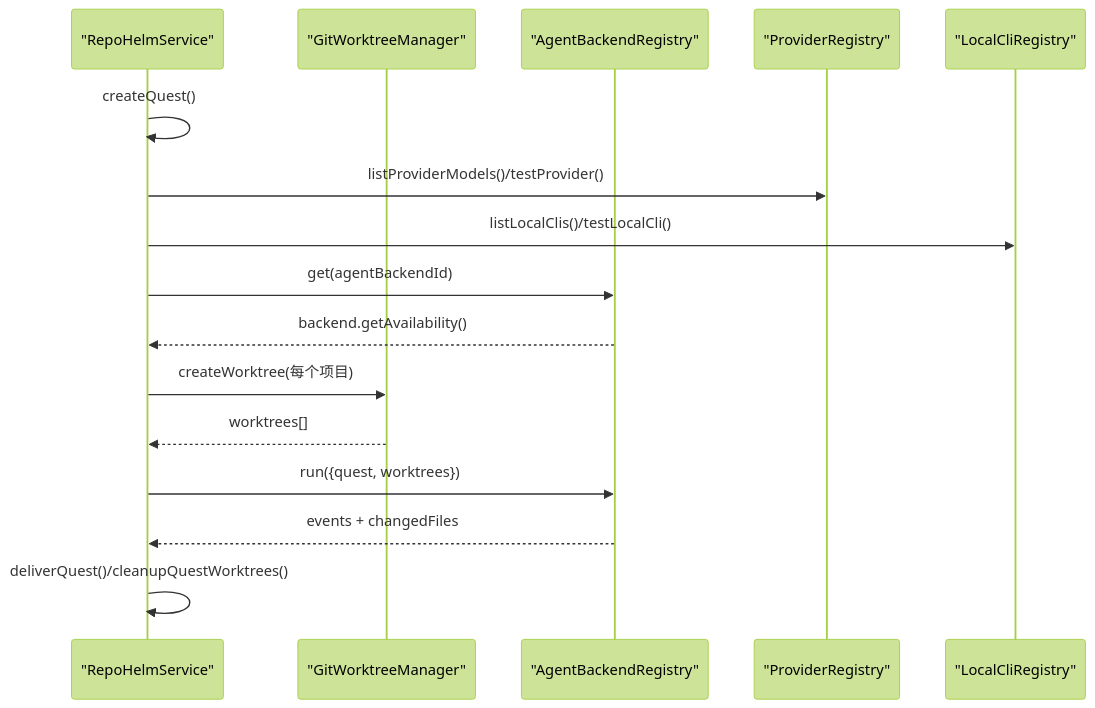
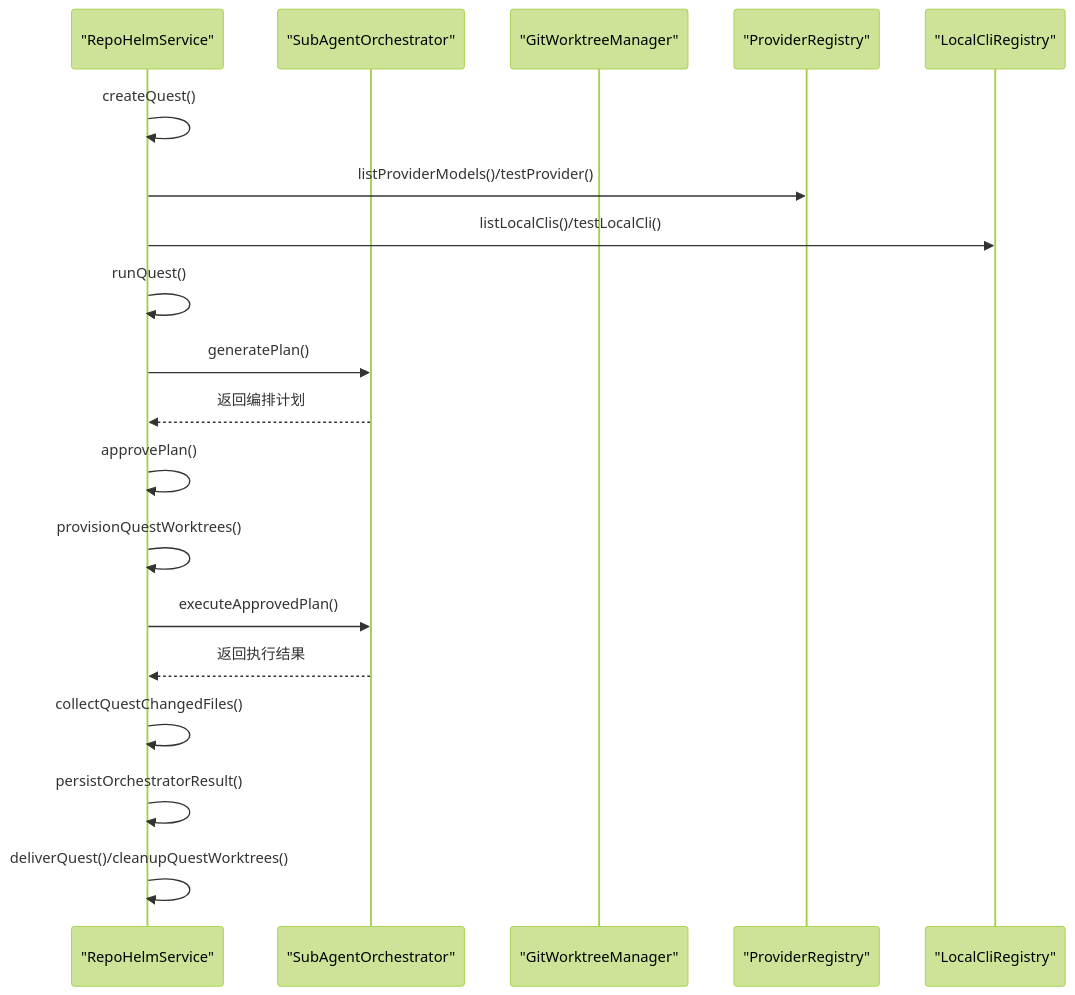
One commit to coconilu/RepoHelm changed the sixth of 7 diagrams in .qoder/repowiki/zh/content/核心服务模块/核心服务模块.md. Above: the diagram before and after it, drawn with Mermaid (forest theme). The commit also changed other lines of this file and 15 other files, not shown here.

First line of the commit message:
Add multi-agent orchestration & quest plans

````diff
--- a/.qoder/repowiki/zh/content/核心服务模块/核心服务模块.md
+++ b/.qoder/repowiki/zh/content/核心服务模块/核心服务模块.md
@@ -282,18 +372,21 @@
 ```mermaid
 sequenceDiagram
 participant S as "RepoHelmService"
+participant O as "SubAgentOrchestrator"
 participant G as "GitWorktreeManager"
-participant AR as "AgentBackendRegistry"
 participant P as "ProviderRegistry"
 participant L as "LocalCliRegistry"
 S->>S : createQuest()
 S->>P : listProviderModels()/testProvider()
 S->>L : listLocalClis()/testLocalCli()
-S->>AR : get(agentBackendId)
-AR-->>S : backend.getAvailability()
-S->>G : createWorktree(每个项目)
-G-->>S : worktrees[]
-S->>AR : run({quest, worktrees})
-AR-->>S : events + changedFiles
+S->>S : runQuest()
+S->>O : generatePlan()
+O-->>S : 返回编排计划
+S->>S : approvePlan()
+S->>S : provisionQuestWorktrees()
+S->>O : executeApprovedPlan()
+O-->>S : 返回执行结果
+S->>S : collectQuestChangedFiles()
+S->>S : persistOrchestratorResult()
 S->>S : deliverQuest()/cleanupQuestWorktrees()
 ```
````
